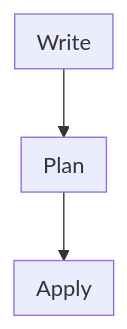
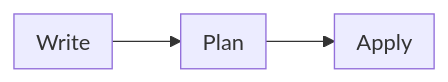
One commit to sudomateo/terraform-training changed the second of 2 diagrams in topics/getting-started/README.md. Above: the diagram before and after it, drawn with Mermaid.

Commit message:
Change graph direction

````diff
--- a/topics/getting-started/README.md
+++ b/topics/getting-started/README.md
@@ -71,11 +71,11 @@
 ```mermaid
-flowchart TD
+flowchart LR
 	subgraph write [Write]
 	end
 	subgraph plan [Plan]
 	end
 	subgraph apply [Apply]
 	end
 
 	write --> plan --> apply
 ```
````
